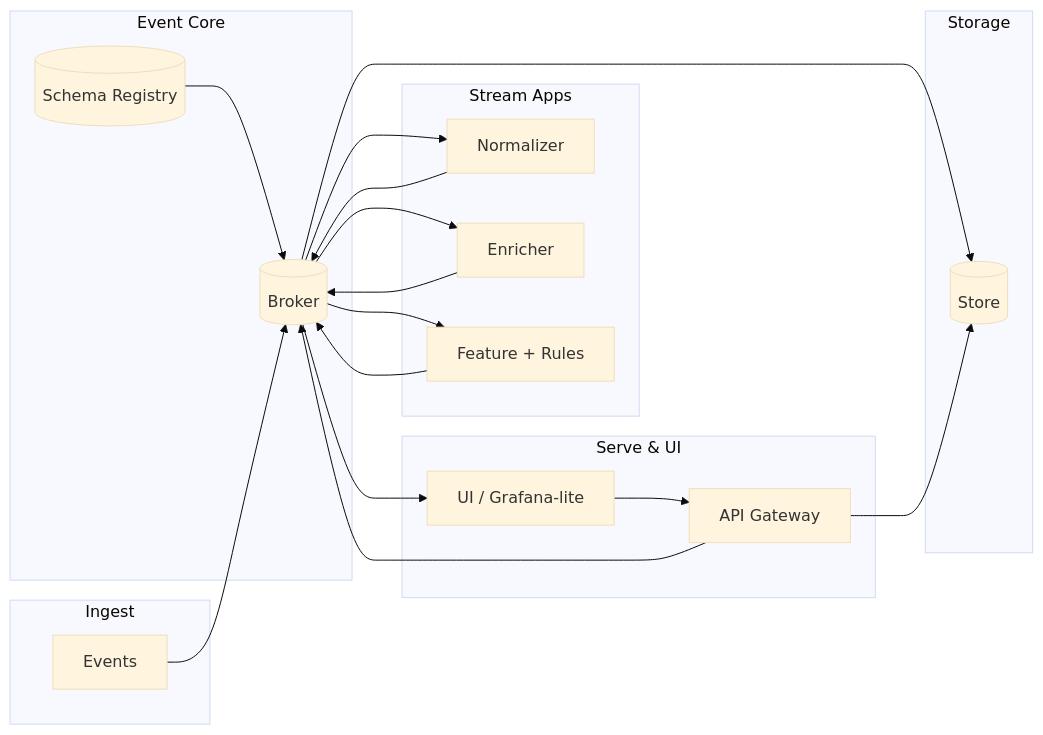
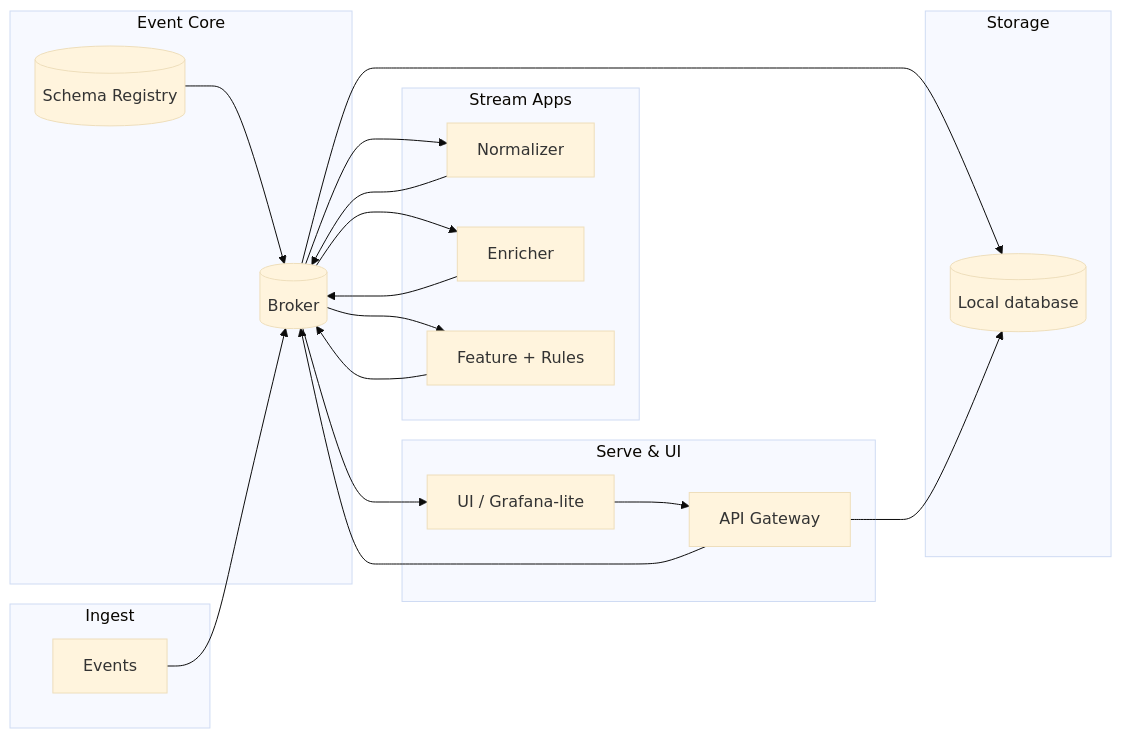
The diagram in README.md (lILogit/Observio), drawn with Mermaid (base theme) before and after one commit.

Commit message:
Update storage label to 'Local database'

````diff
--- a/README.md
+++ b/README.md
@@ -21,37 +21,37 @@
 ```mermaid
 flowchart LR
   subgraph Ingest
     Agent["Events"]
   end
 
   subgraph Core["Event Core"]
     Bus[(Broker)]
     Reg[(Schema Registry)]
     Reg --> Bus
   end
 
   subgraph Stream["Stream Apps"]
     Norm[Normalizer]
     Enr[Enricher]
     Feat[Feature + Rules]
   end
 
   subgraph Storage
-    LS[(Store)]
+    LS[(Local database)]
   end
 
   subgraph Serve["Serve & UI"]
     API[API Gateway]
     UI[UI / Grafana-lite]
   end
 
   Agent --> Bus
   Bus --> Norm --> Bus
   Bus --> Enr --> Bus
   Bus --> Feat --> Bus
   Bus --> LS
   API --> LS
   API --> Bus
   Bus --> UI
   UI --> API
 ```
````
